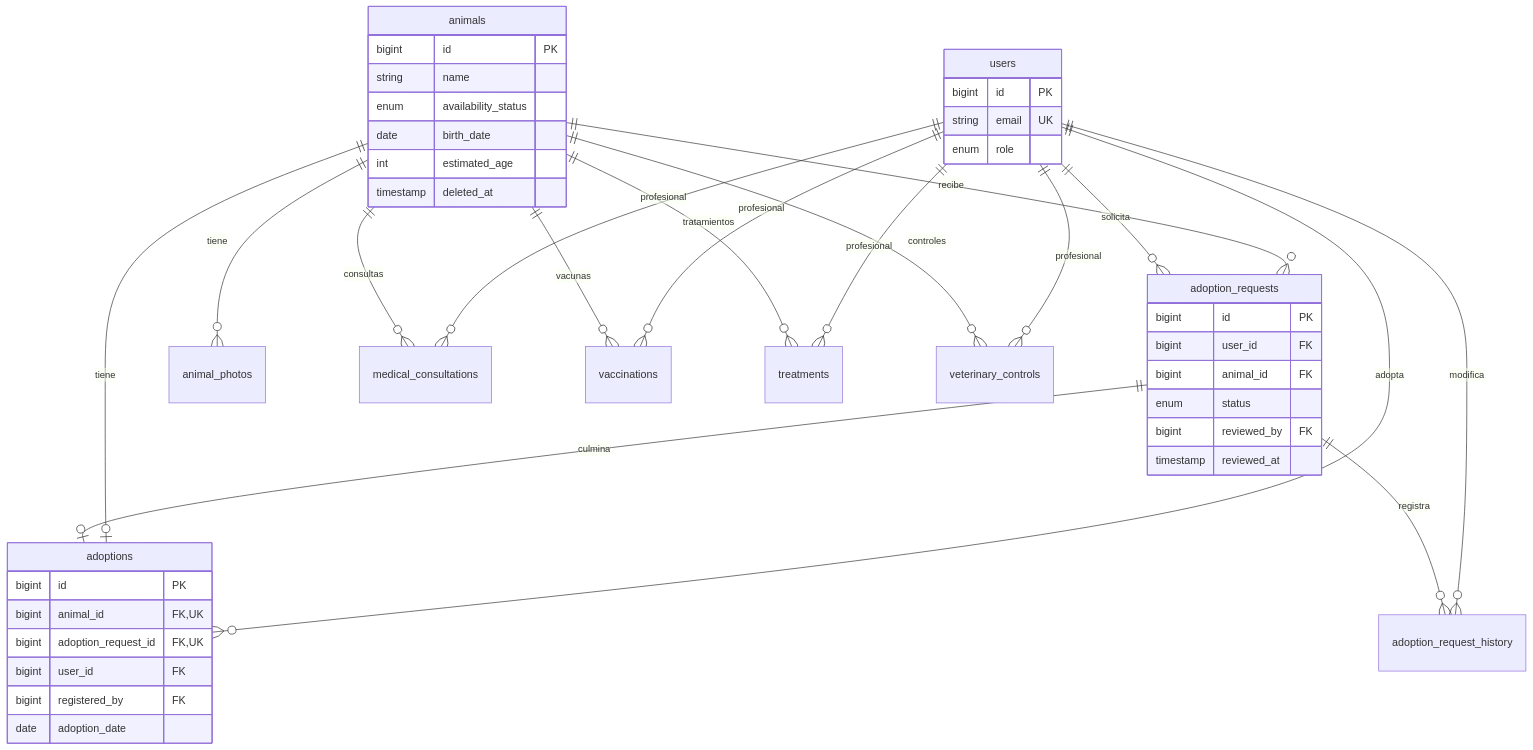
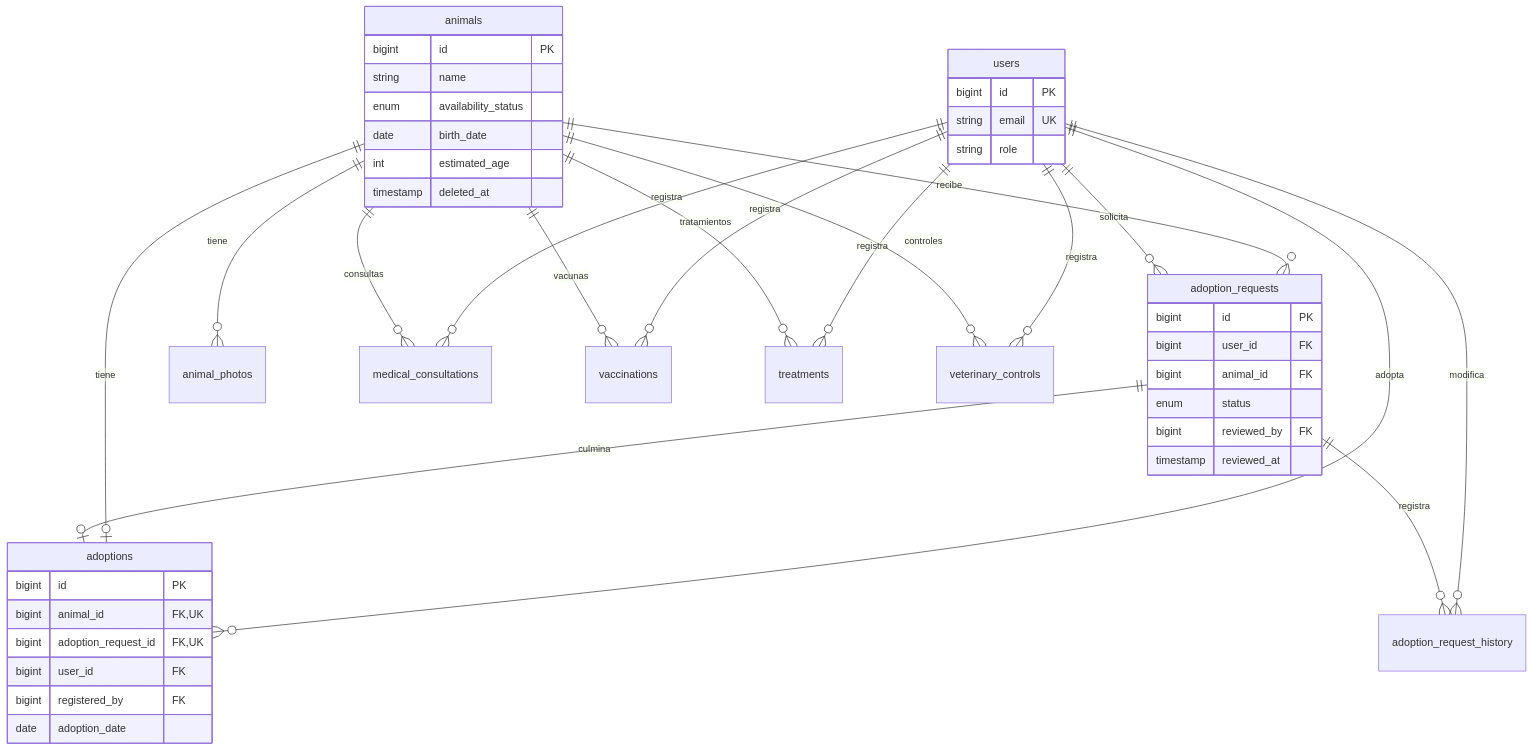
The first of 2 diagrams in docs/04-base-de-datos.md (franbareuther/Proyecto-Final-UTN), drawn with Mermaid before and after one commit. The commit also changed other lines of this file and 12 other files, not shown here.

````diff
--- a/docs/04-base-de-datos.md
+++ b/docs/04-base-de-datos.md
@@ -15,48 +15,48 @@
 ```mermaid
 erDiagram
  users ||--o{ adoption_requests : solicita
  animals ||--o{ adoption_requests : recibe
  animals ||--o{ animal_photos : tiene
  adoption_requests ||--o| adoptions : culmina
  animals ||--o| adoptions : tiene
  users ||--o{ adoptions : adopta
  adoption_requests ||--o{ adoption_request_history : registra
  users ||--o{ adoption_request_history : modifica
  animals ||--o{ medical_consultations : consultas
  animals ||--o{ vaccinations : vacunas
  animals ||--o{ treatments : tratamientos
  animals ||--o{ veterinary_controls : controles
- users ||--o{ medical_consultations : profesional
- users ||--o{ vaccinations : profesional
- users ||--o{ treatments : profesional
- users ||--o{ veterinary_controls : profesional
+ users ||--o{ medical_consultations : registra
+ users ||--o{ vaccinations : registra
+ users ||--o{ treatments : registra
+ users ||--o{ veterinary_controls : registra
  users {
    bigint id PK
    string email UK
-   enum role
+   string role
  }
  animals {
    bigint id PK
    string name
    enum availability_status
    date birth_date
    int estimated_age
    timestamp deleted_at
  }
  adoption_requests {
    bigint id PK
    bigint user_id FK
    bigint animal_id FK
    enum status
    bigint reviewed_by FK
    timestamp reviewed_at
  }
  adoptions {
    bigint id PK
    bigint animal_id FK,UK
    bigint adoption_request_id FK,UK
    bigint user_id FK
    bigint registered_by FK
    date adoption_date
  }
 ```
````
